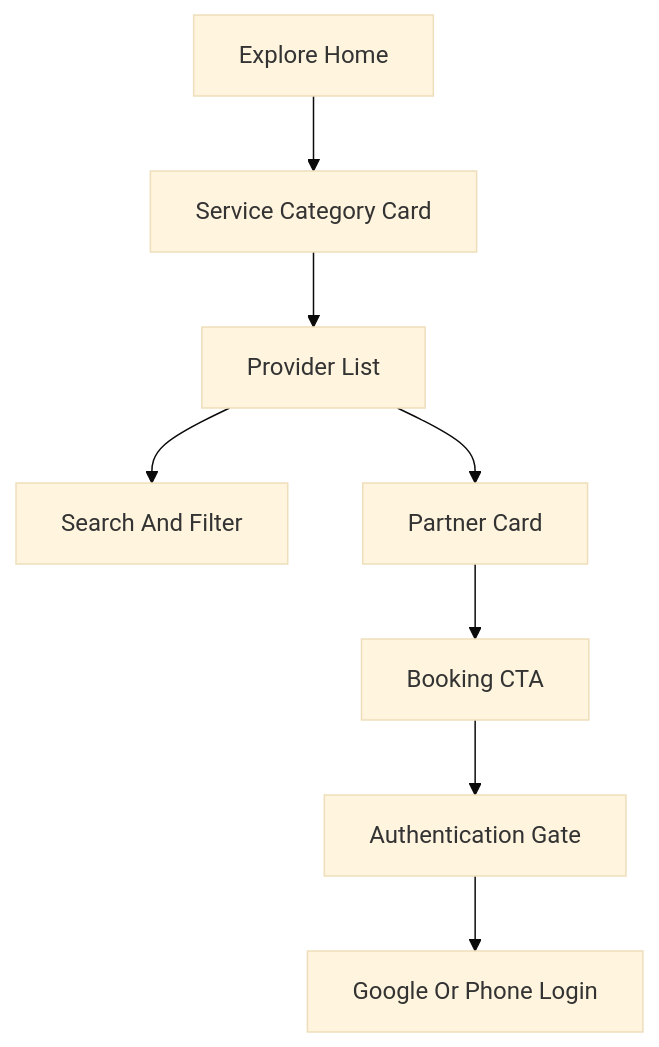
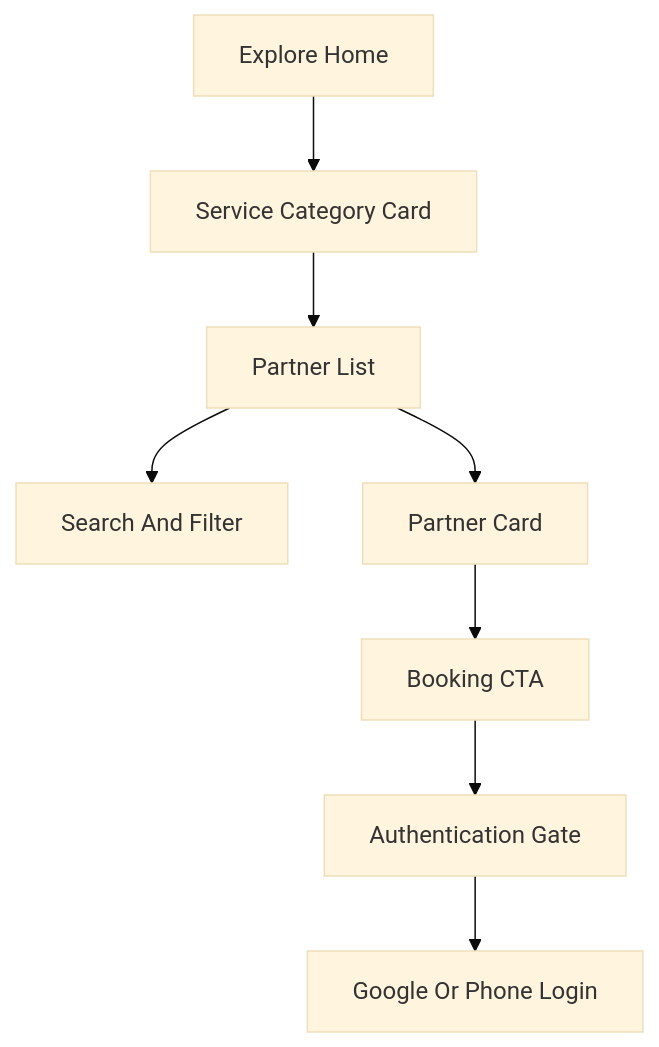
One commit to hands-platform/hands-app changed the second of 3 diagrams in docs/flows/ux-flow-map.md. Above: the diagram before and after it, drawn with Mermaid (base theme). The commit also changed 1 other file, not shown here.

Commit message:
docs(api): clarify partner terminology

````diff
--- a/docs/flows/ux-flow-map.md
+++ b/docs/flows/ux-flow-map.md
@@ -61,10 +61,10 @@
 ```mermaid
 flowchart TD
   A["Explore Home"] --> B["Service Category Card"]
-  B --> C["Provider List"]
+  B --> C["Partner List"]
   C --> D["Search And Filter"]
   C --> E["Partner Card"]
   E --> F["Booking CTA"]
   F --> G["Authentication Gate"]
   G --> H["Google Or Phone Login"]
 ```
````
